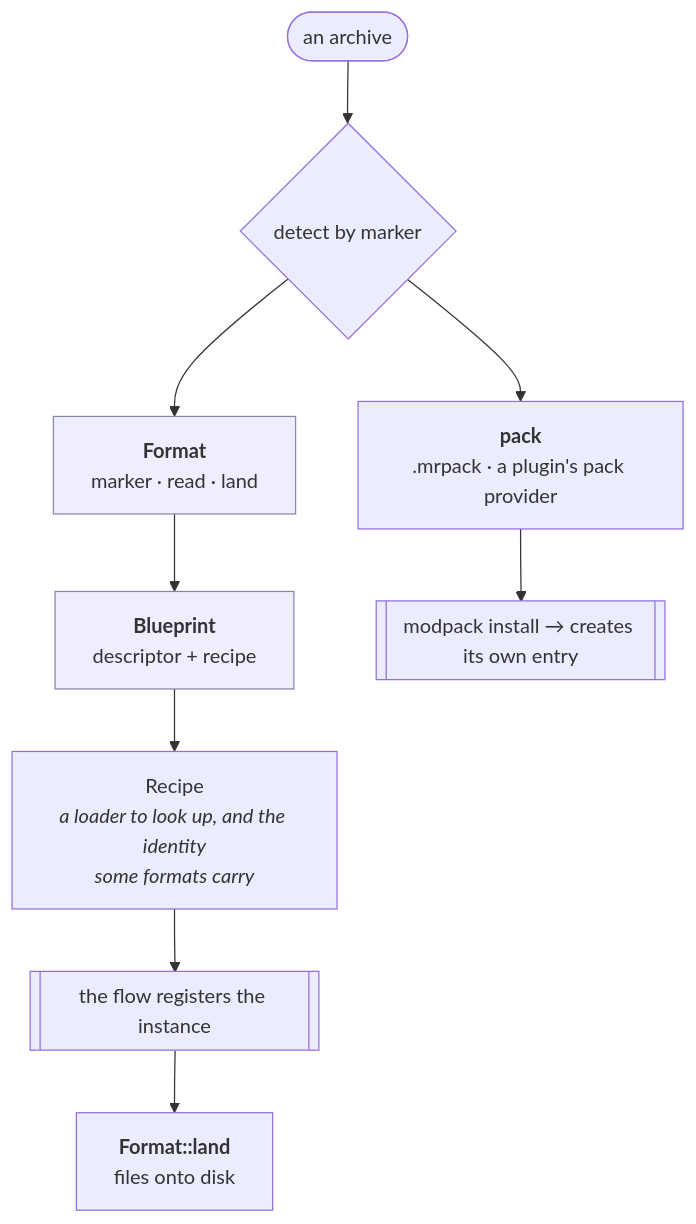
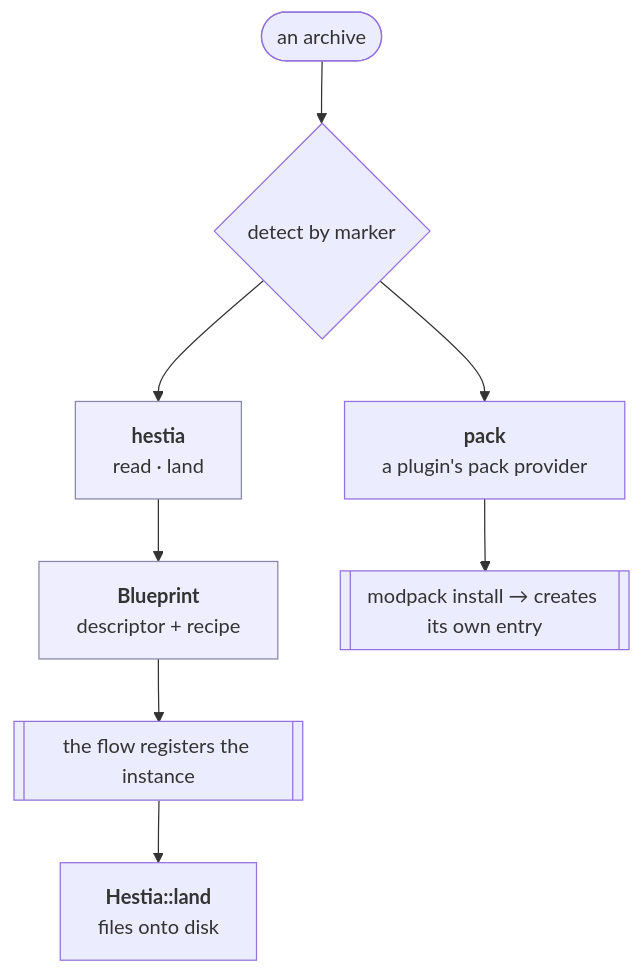
One commit to prytaneum/hestia changed the diagram in docs/architecture/transfer.md. Above: the diagram before and after it, drawn with Mermaid. The commit also changed other lines of this file and 9 other files, not shown here.

````diff
--- a/docs/architecture/transfer.md
+++ b/docs/architecture/transfer.md
@@ -42,14 +41,13 @@
 ```mermaid
 flowchart TD
     FILE([an archive]) --> DETECT{detect by marker}
-    DETECT --> FMT["<b>Format</b><br/>marker · read · land"]
-    DETECT --> PACK["<b>pack</b><br/>.mrpack · a plugin's pack provider"]
-    FMT --> BP["<b>Blueprint</b><br/>descriptor + recipe"]
-    BP --> RR["Recipe<br/><i>a loader to look up, and the identity<br/>some formats carry</i>"]
-    RR --> CREATE[["the flow registers the instance"]]
+    DETECT --> HESTIA["<b>hestia</b><br/>read · land"]
+    DETECT --> PACK["<b>pack</b><br/>a plugin's pack provider"]
+    HESTIA --> BP["<b>Blueprint</b><br/>descriptor + recipe"]
+    BP --> CREATE[["the flow registers the instance"]]
     PACK --> MODPACK[["modpack install → creates its own entry"]]
-    CREATE --> LAND["<b>Format::land</b><br/>files onto disk"]
+    CREATE --> LAND["<b>Hestia::land</b><br/>files onto disk"]
 
     classDef seam fill:#eef,stroke:#88a
-    class FMT,BP seam
+    class HESTIA,BP seam
 ```
````
